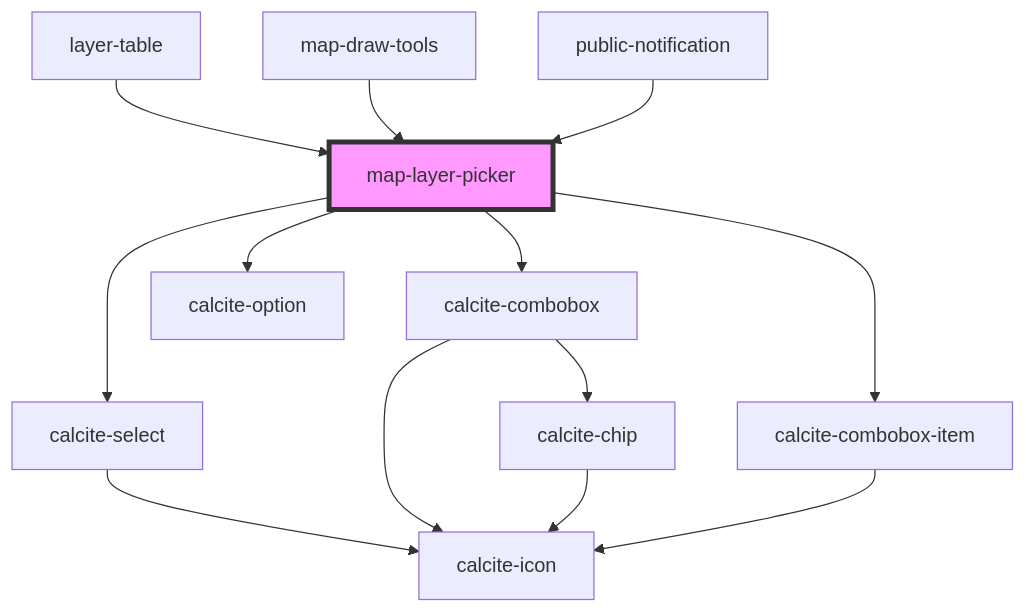
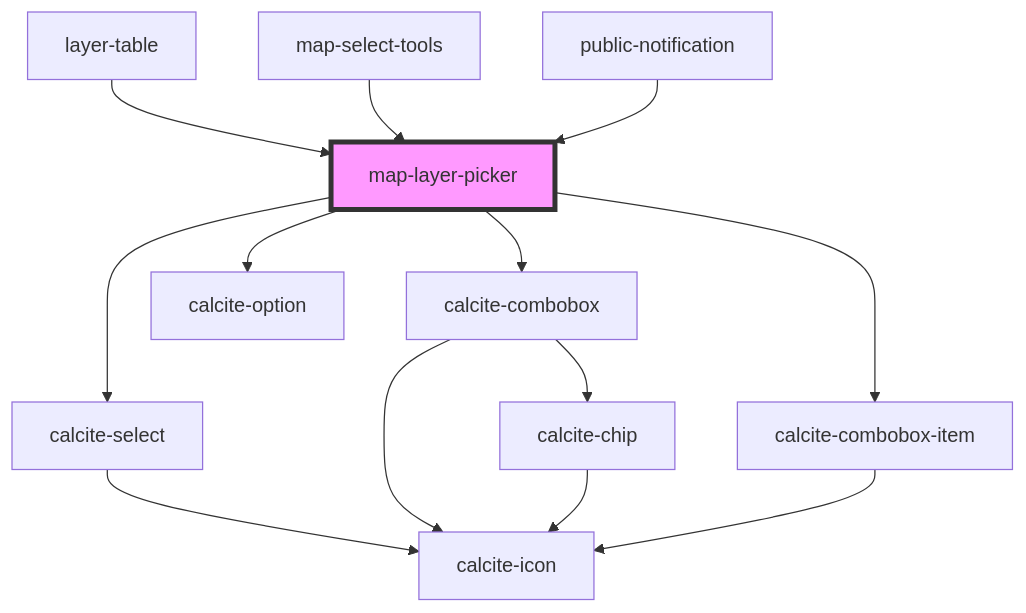
The diagram in src/components/map-layer-picker/readme.md (Esri/solutions-components), drawn with Mermaid before and after one commit. The commit also changed other lines of this file and 11 other files, not shown here.

````diff
--- a/src/components/map-layer-picker/readme.md
+++ b/src/components/map-layer-picker/readme.md
@@ -41,16 +41,16 @@
 ```mermaid
 graph TD;
   map-layer-picker --> calcite-select
   map-layer-picker --> calcite-combobox
   map-layer-picker --> calcite-combobox-item
   map-layer-picker --> calcite-option
   calcite-select --> calcite-icon
   calcite-combobox --> calcite-chip
   calcite-combobox --> calcite-icon
   calcite-chip --> calcite-icon
   calcite-combobox-item --> calcite-icon
   layer-table --> map-layer-picker
-  map-draw-tools --> map-layer-picker
+  map-select-tools --> map-layer-picker
   public-notification --> map-layer-picker
   style map-layer-picker fill:#f9f,stroke:#333,stroke-width:4px
 ```
````
